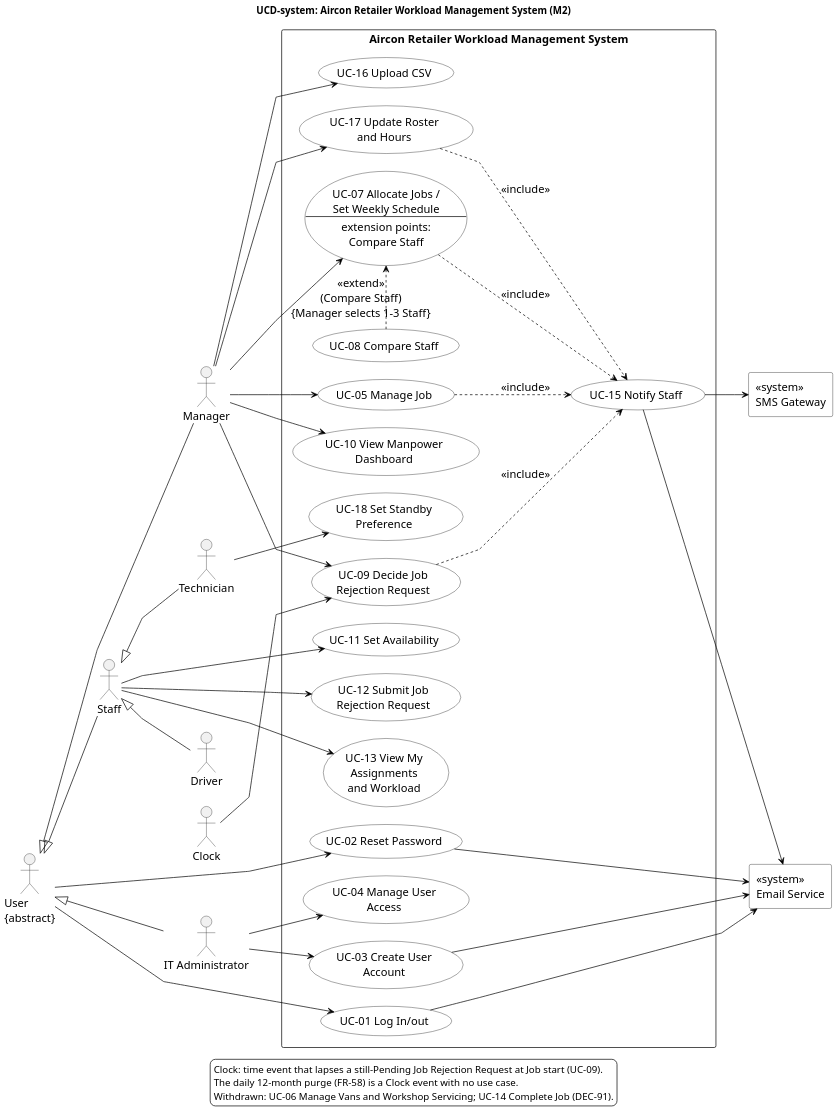
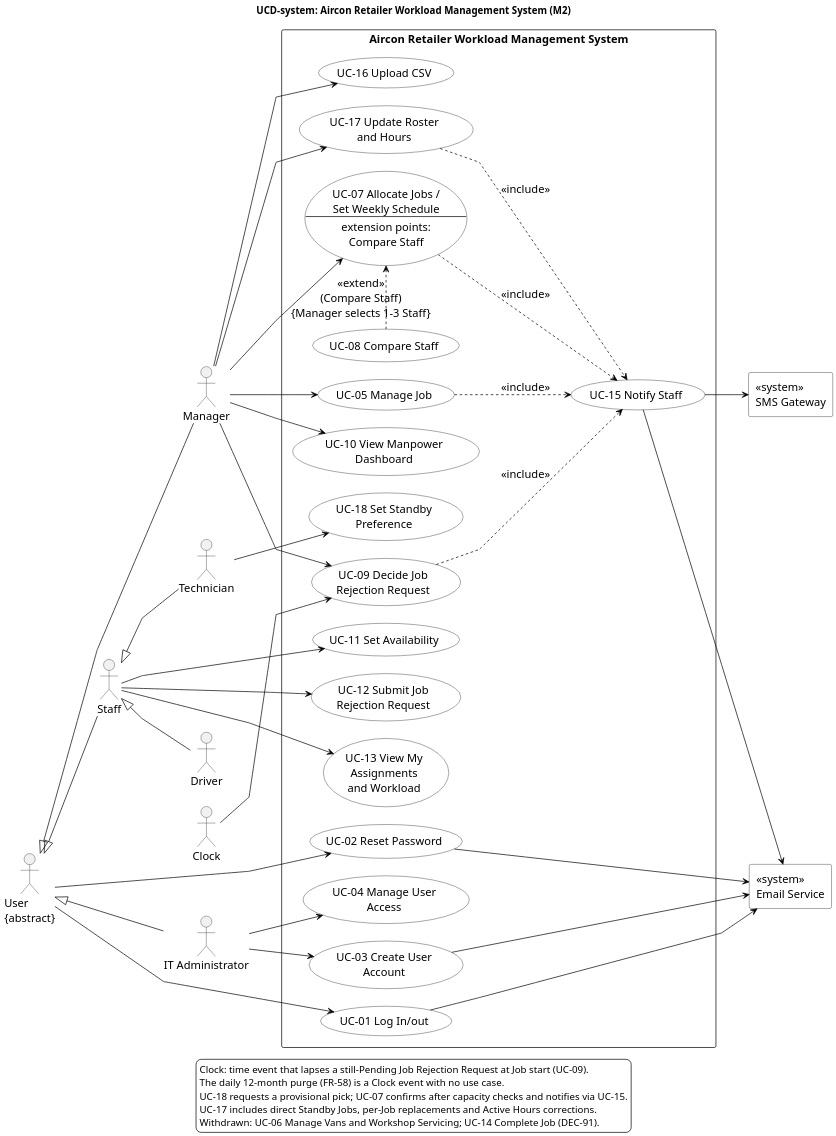
The diagram in diagrams/UCD-system.puml (ZadeNova/inf2001-SE), drawn with PlantUML before and after one commit. The commit also changed 31 other files, not shown here.

Commit message:
Clarify M2 standby preferences, hours and duty allocation

```diff
--- a/diagrams/UCD-system.puml
+++ b/diagrams/UCD-system.puml
@@ -1,95 +1,97 @@
 @startuml UCD-system
 skinparam backgroundColor white
 skinparam shadowing false
 skinparam defaultFontName Arial
 skinparam defaultFontSize 16
 skinparam ArrowColor black
 skinparam wrapWidth 190
 skinparam dpi 180
 title UCD-system: Aircon Retailer Workload Management System (M2)
-' Traces: UC-01 to UC-05, UC-07 to UC-13, UC-15 to UC-18; SRS v4.0; use-case list v3.0.
-' Sources: DEC-17, DEC-18, DEC-45, DEC-88, DEC-91; Brief R1-R11; M2-Brief §1, §5.4.
+' Traces: UC-01 to UC-05, UC-07 to UC-13, UC-15 to UC-18; SRS v4.1; use-case list v3.1.
+' Sources: DEC-17, DEC-18, DEC-45, DEC-88, DEC-91, DEC-96-98; Brief R1-R11; M2-Brief §1, §5.4.
 ' UC-06 and UC-14 are Withdrawn (DEC-91). UC-02 is standalone (no <<extend>>).
 ' Email Service and SMS Gateway are non-human <<system>> actors drawn as boxes (DEC-88).
 ' Arrows from an actor point to the use case it starts; arrows to a <<system>> actor show the system calling it.
 ' HR system and van vendor are not actors: the Manager uploads their CSV files (DEC-74).
 left to right direction
 skinparam linetype polyline
 skinparam nodesep 25
 skinparam ranksep 60
 skinparam usecaseBackgroundColor white
 skinparam usecaseBorderColor black
 skinparam rectangleBackgroundColor white
 skinparam rectangleBorderColor black
 skinparam actorStyle stickman
 
 actor "User\n{abstract}" as User
 actor Manager
 actor Staff
 actor Driver
 actor Technician
 actor "IT Administrator" as ITA
 actor Clock
 
 User <|-- Manager
 User <|-- Staff
 User <|-- ITA
 Staff <|-- Driver
 Staff <|-- Technician
 
 rectangle "Aircon Retailer Workload Management System" {
  usecase "UC-01 Log In/out" as U1
  usecase "UC-02 Reset Password" as U2
  usecase "UC-03 Create User Account" as U3
  usecase "UC-04 Manage User Access" as U4
  usecase "UC-05 Manage Job" as U5
  usecase "UC-07 Allocate Jobs /\nSet Weekly Schedule\n--\nextension points:\nCompare Staff" as U7
  usecase "UC-08 Compare Staff" as U8
  usecase "UC-09 Decide Job\nRejection Request" as U9
  usecase "UC-10 View Manpower\nDashboard" as U10
  usecase "UC-11 Set Availability" as U11
  usecase "UC-12 Submit Job\nRejection Request" as U12
  usecase "UC-13 View My Assignments\nand Workload" as U13
  usecase "UC-15 Notify Staff" as U15
  usecase "UC-16 Upload CSV" as U16
  usecase "UC-17 Update Roster\nand Hours" as U17
  usecase "UC-18 Set Standby\nPreference" as U18
 }
 
 rectangle "<<system>>\nEmail Service" as Email
 rectangle "<<system>>\nSMS Gateway" as SMS
 
 User --> U1
 User --> U2
 ITA --> U3
 ITA --> U4
 Manager --> U5
 Manager --> U7
 Manager --> U9
 Manager --> U10
 Manager --> U16
 Manager --> U17
 Staff --> U11
 Staff --> U12
 Staff --> U13
 Technician --> U18
 Clock --> U9
 
 U8 .> U7 : <<extend>>\n(Compare Staff)\n{Manager selects 1-3 Staff}
 U5 ..> U15 : <<include>>
 U7 ..> U15 : <<include>>
 U9 ..> U15 : <<include>>
 U17 ..> U15 : <<include>>
 
 U1 --> Email
 U2 --> Email
 U3 --> Email
 U15 --> Email
 U15 --> SMS
 
 legend bottom
 Clock: time event that lapses a still-Pending Job Rejection Request at Job start (UC-09).
 The daily 12-month purge (FR-58) is a Clock event with no use case.
+UC-18 requests a provisional pick; UC-07 confirms after capacity checks and notifies via UC-15.
+UC-17 includes direct Standby Jobs, per-Job replacements and Active Hours corrections.
 Withdrawn: UC-06 Manage Vans and Workshop Servicing; UC-14 Complete Job (DEC-91).
 endlegend
 @enduml
```
